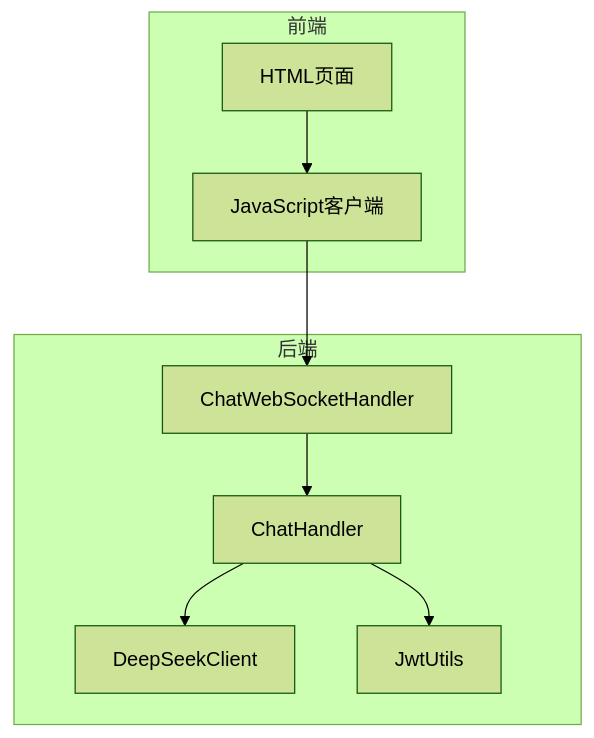
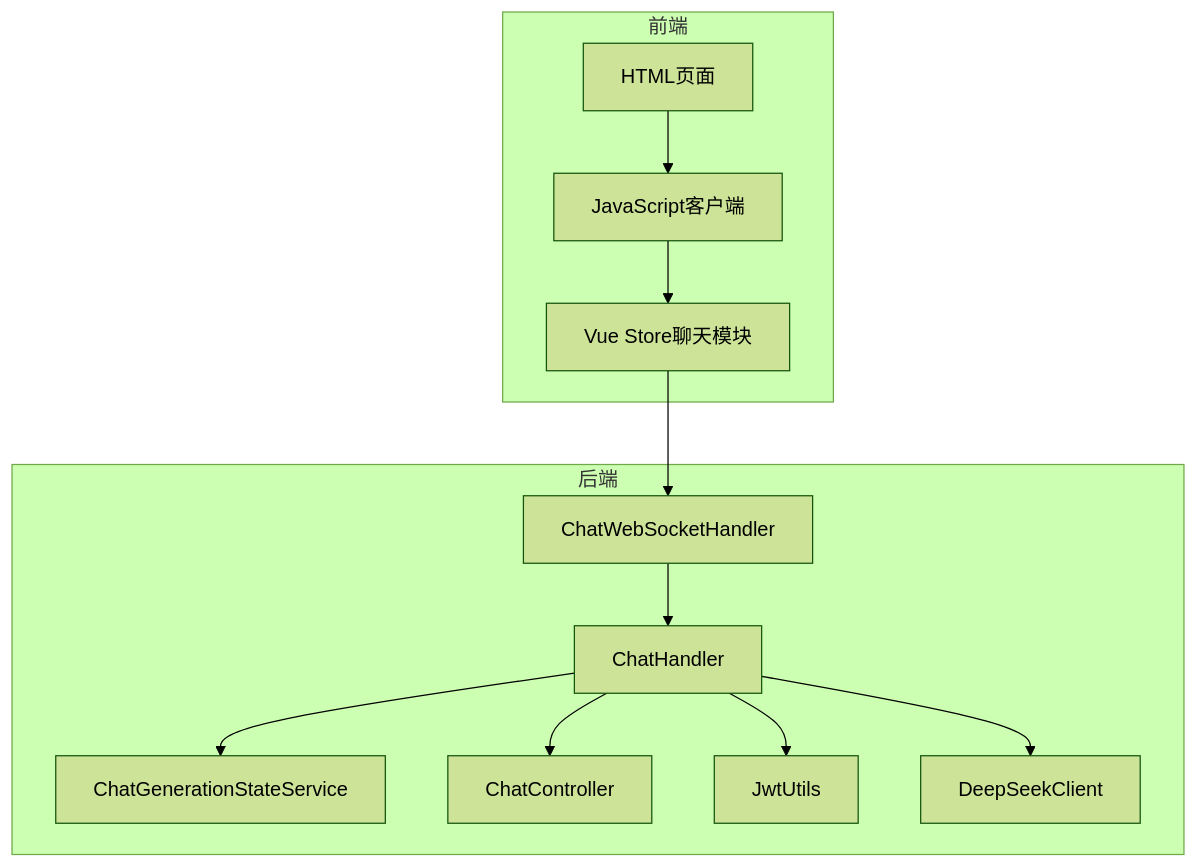
The first of 8 diagrams in .qoder/repowiki/zh/content/API参考/聊天API/WebSocket聊天API.md (xuytwinter/PaiSmart), drawn with Mermaid (forest theme) before and after one commit. The commit also changed other lines of this file and 12 other files, not shown here.

First line of the commit message:
Docs: chat generation state & processing updates

````diff
--- a/.qoder/repowiki/zh/content/API参考/聊天API/WebSocket聊天API.md
+++ b/.qoder/repowiki/zh/content/API参考/聊天API/WebSocket聊天API.md
@@ -29,18 +42,24 @@
 ```mermaid
 graph TD
 subgraph "前端"
 A[HTML页面]
 B[JavaScript客户端]
+C[Vue Store聊天模块]
 end
 subgraph "后端"
-C[ChatWebSocketHandler]
-D[ChatHandler]
-E[DeepSeekClient]
-F[JwtUtils]
+D[ChatWebSocketHandler]
+E[ChatHandler]
+F[ChatGenerationStateService]
+G[ChatController]
+H[JwtUtils]
+I[DeepSeekClient]
 end
 A --> B
 B --> C
 C --> D
 D --> E
-D --> F
+E --> F
+E --> G
+E --> H
+E --> I
 ```
````
